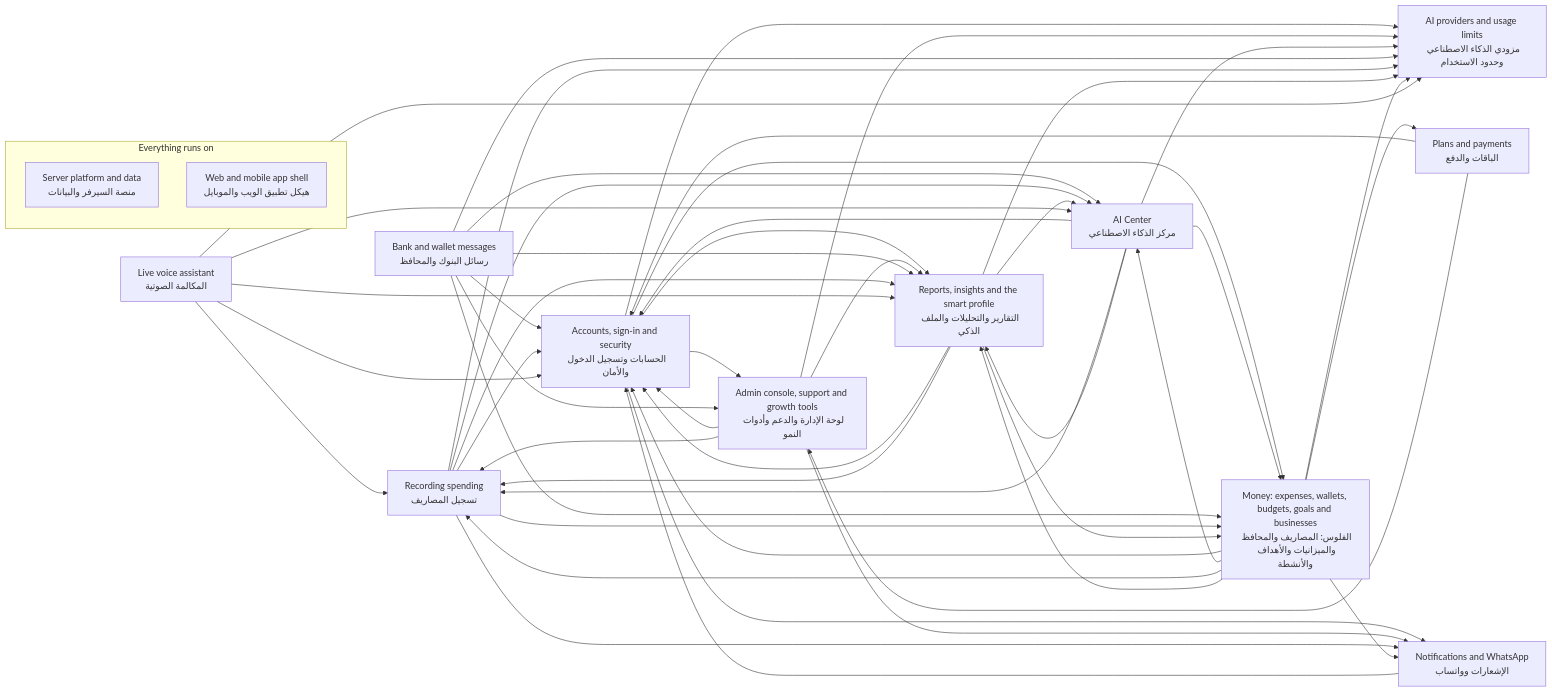
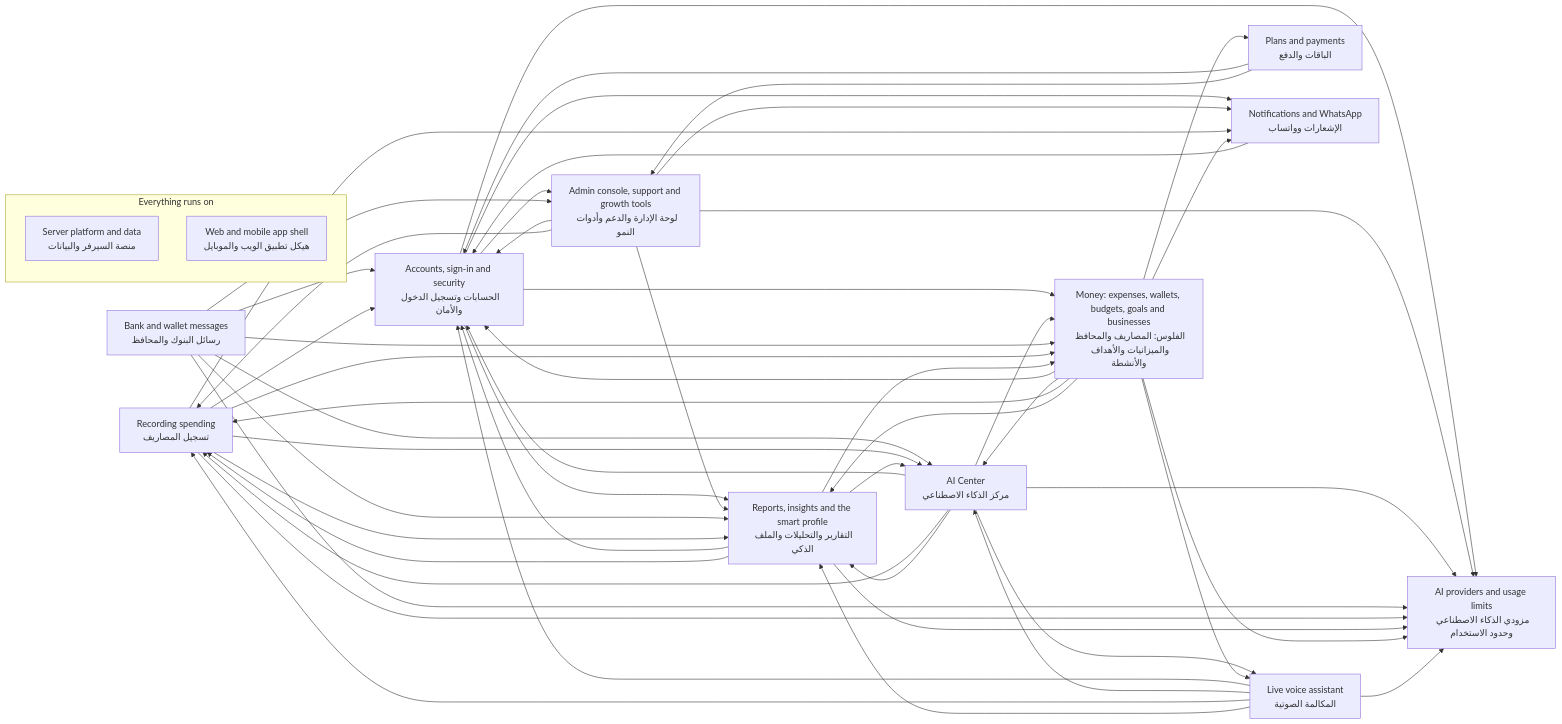
Before and after one commit to mahmoudtaherr111/smartspend_mini_all: the diagram in docs/atlas/systems/README.md, drawn with Mermaid. The commit also changed other lines of this file and 57 other files, not shown here.

````diff
--- a/docs/atlas/systems/README.md
+++ b/docs/atlas/systems/README.md
@@ -15,65 +15,67 @@
 ```mermaid
 flowchart LR
   sys_expense_capture["Recording spending<br/>تسجيل المصاريف"]
   sys_bank_messages["Bank and wallet messages<br/>رسائل البنوك والمحافظ"]
   sys_voice_calls["Live voice assistant<br/>المكالمة الصوتية"]
   sys_ai_center["AI Center<br/>مركز الذكاء الاصطناعي"]
   sys_insights["Reports, insights and the smart profile<br/>التقارير والتحليلات والملف الذكي"]
   sys_money["Money: expenses, wallets, budgets, goals and businesses<br/>الفلوس: المصاريف والمحافظ والميزانيات والأهداف والأنشطة"]
   sys_accounts["Accounts, sign-in and security<br/>الحسابات وتسجيل الدخول والأمان"]
   sys_billing["Plans and payments<br/>الباقات والدفع"]
   sys_notifications["Notifications and WhatsApp<br/>الإشعارات وواتساب"]
   sys_admin["Admin console, support and growth tools<br/>لوحة الإدارة والدعم وأدوات النمو"]
   sys_ai_platform["AI providers and usage limits<br/>مزودي الذكاء الاصطناعي وحدود الاستخدام"]
   subgraph g_foundation["Everything runs on"]
     sys_platform["Server platform and data<br/>منصة السيرفر والبيانات"]
     sys_web_app["Web and mobile app shell<br/>هيكل تطبيق الويب والموبايل"]
   end
   sys_accounts --> sys_admin
   sys_accounts --> sys_ai_platform
   sys_accounts --> sys_insights
   sys_accounts --> sys_money
   sys_accounts --> sys_notifications
   sys_admin --> sys_accounts
   sys_admin --> sys_ai_platform
   sys_admin --> sys_expense_capture
   sys_admin --> sys_insights
   sys_admin --> sys_notifications
   sys_ai_center --> sys_accounts
   sys_ai_center --> sys_ai_platform
   sys_ai_center --> sys_expense_capture
   sys_ai_center --> sys_insights
   sys_ai_center --> sys_money
+  sys_ai_center --> sys_voice_calls
   sys_bank_messages --> sys_accounts
   sys_bank_messages --> sys_admin
   sys_bank_messages --> sys_ai_center
   sys_bank_messages --> sys_ai_platform
   sys_bank_messages --> sys_insights
   sys_bank_messages --> sys_money
   sys_billing --> sys_accounts
   sys_billing --> sys_admin
   sys_expense_capture --> sys_accounts
   sys_expense_capture --> sys_ai_center
   sys_expense_capture --> sys_ai_platform
   sys_expense_capture --> sys_insights
   sys_expense_capture --> sys_money
   sys_expense_capture --> sys_notifications
   sys_insights --> sys_accounts
   sys_insights --> sys_ai_center
   sys_insights --> sys_ai_platform
   sys_insights --> sys_expense_capture
   sys_insights --> sys_money
   sys_money --> sys_accounts
   sys_money --> sys_ai_center
   sys_money --> sys_ai_platform
   sys_money --> sys_billing
   sys_money --> sys_expense_capture
   sys_money --> sys_insights
   sys_money --> sys_notifications
+  sys_money --> sys_voice_calls
   sys_notifications --> sys_accounts
   sys_voice_calls --> sys_accounts
   sys_voice_calls --> sys_ai_center
   sys_voice_calls --> sys_ai_platform
   sys_voice_calls --> sys_expense_capture
   sys_voice_calls --> sys_insights
 ```
````
